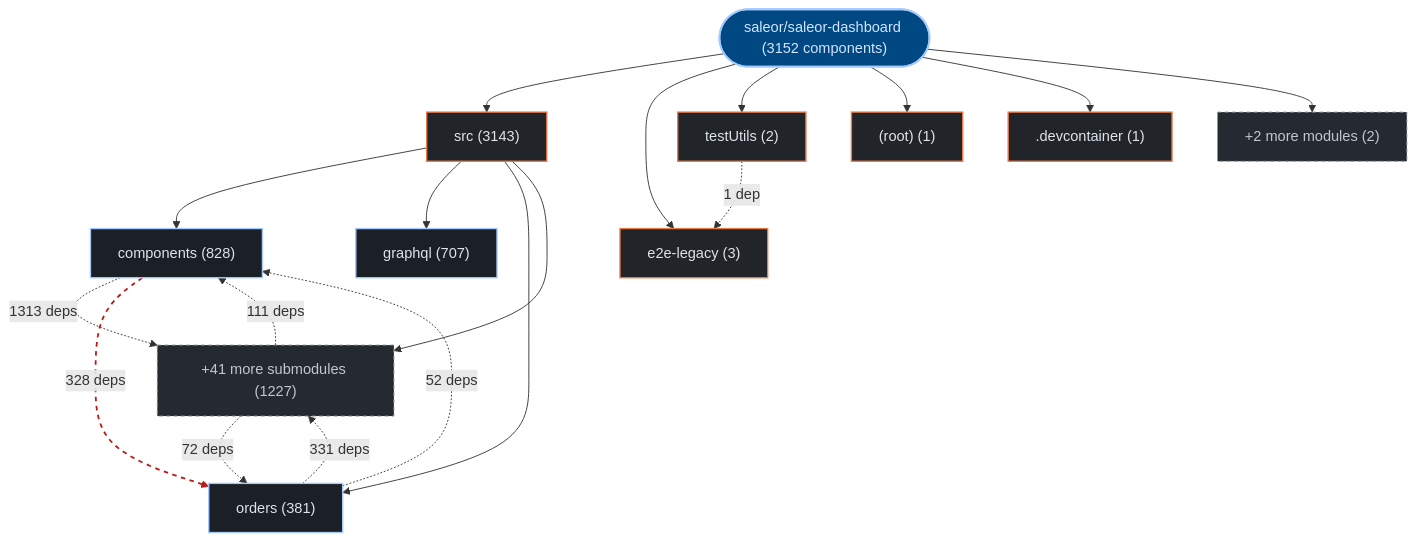
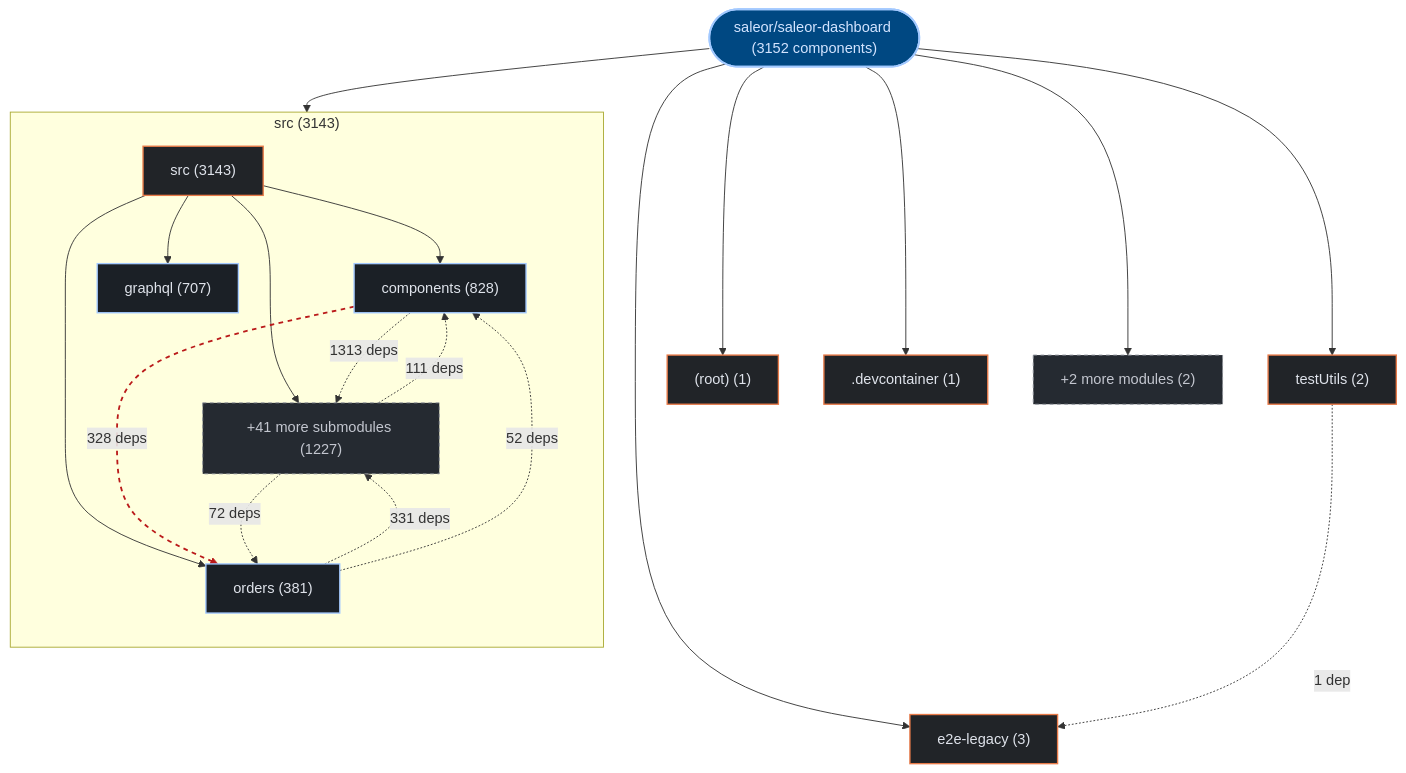
The first of 3 diagrams in exports/latest/reports/saleor-saleor-dashboard-report.md (kumarshaz/atruss-code-atlas), drawn with Mermaid before and after one commit. The commit also changed 178 other files, not shown here.

Commit message:
feat(ui,mermaid): upgrade to mermaid v12 + ELK layout, add orgs-summary + pagination, subgraph building blocks, fix tab alignment

````diff
--- a/exports/latest/reports/saleor-saleor-dashboard-report.md
+++ b/exports/latest/reports/saleor-saleor-dashboard-report.md
@@ -42,39 +42,42 @@
 ```mermaid
 graph TD;
   classDef atlasRoot fill:#004882,stroke:#a3c9ff,stroke-width:2px,color:#d3e4ff
   classDef atlasCategory fill:#212428,stroke:#E87A48,stroke-width:1.5px,color:#dfe3eb
   classDef atlasWorkflow fill:#1b2026,stroke:#a3c9ff,stroke-width:1.5px,color:#dfe3eb
   classDef atlasJob fill:#171c22,stroke:#8d9199,stroke-width:1px,color:#dfe3eb
   classDef atlasTarget fill:#005227,stroke:#8bd99b,stroke-width:1.5px,color:#a7f6b6
   classDef atlasAlert fill:#93000a,stroke:#ffb4ab,stroke-width:1.5px,color:#ffdad6
   classDef atlasMore fill:#252a31,stroke:#8d9199,stroke-dasharray:4 4,color:#c3c6cf
     repo_root(["saleor/saleor-dashboard (3152 components)"]):::atlasRoot
-    dir_0_src["src (3143)"]:::atlasCategory
+    subgraph sg_dir_0_src["src (3143)"]
+      direction TB
+      dir_0_src["src (3143)"]:::atlasCategory
+      sub_0_0_components["components (828)"]:::atlasWorkflow
+      dir_0_src --> sub_0_0_components
+      sub_0_1_graphql["graphql (707)"]:::atlasWorkflow
+      dir_0_src --> sub_0_1_graphql
+      sub_0_2_orders["orders (381)"]:::atlasWorkflow
+      dir_0_src --> sub_0_2_orders
+      sub_0_more["+41 more submodules (1227)"]:::atlasMore
+      dir_0_src --> sub_0_more
+    end
     repo_root --> dir_0_src
-    sub_0_0_components["components (828)"]:::atlasWorkflow
-    dir_0_src --> sub_0_0_components
-    sub_0_1_graphql["graphql (707)"]:::atlasWorkflow
-    dir_0_src --> sub_0_1_graphql
-    sub_0_2_orders["orders (381)"]:::atlasWorkflow
-    dir_0_src --> sub_0_2_orders
-    sub_0_more["+41 more submodules (1227)"]:::atlasMore
-    dir_0_src --> sub_0_more
     dir_1_e2e_legacy["e2e-legacy (3)"]:::atlasCategory
     repo_root --> dir_1_e2e_legacy
     dir_2_testUtils["testUtils (2)"]:::atlasCategory
     repo_root --> dir_2_testUtils
     dir_3__root_["(root) (1)"]:::atlasCategory
     repo_root --> dir_3__root_
     dir_4__devcontainer[".devcontainer (1)"]:::atlasCategory
     repo_root --> dir_4__devcontainer
     dir_other_modules["+2 more modules (2)"]:::atlasMore
     repo_root --> dir_other_modules
     sub_0_0_components -.->|"1313 deps"| sub_0_more
     sub_0_2_orders -.->|"331 deps"| sub_0_more
     sub_0_0_components -.->|"328 deps"| sub_0_2_orders
     sub_0_more -.->|"111 deps"| sub_0_0_components
     sub_0_more -.->|"72 deps"| sub_0_2_orders
     sub_0_2_orders -.->|"52 deps"| sub_0_0_components
     dir_2_testUtils -.->|"1 dep"| dir_1_e2e_legacy
     linkStyle 12 stroke:#ba1a1a,stroke-width:2px,stroke-dasharray: 5 5
 ```
````
